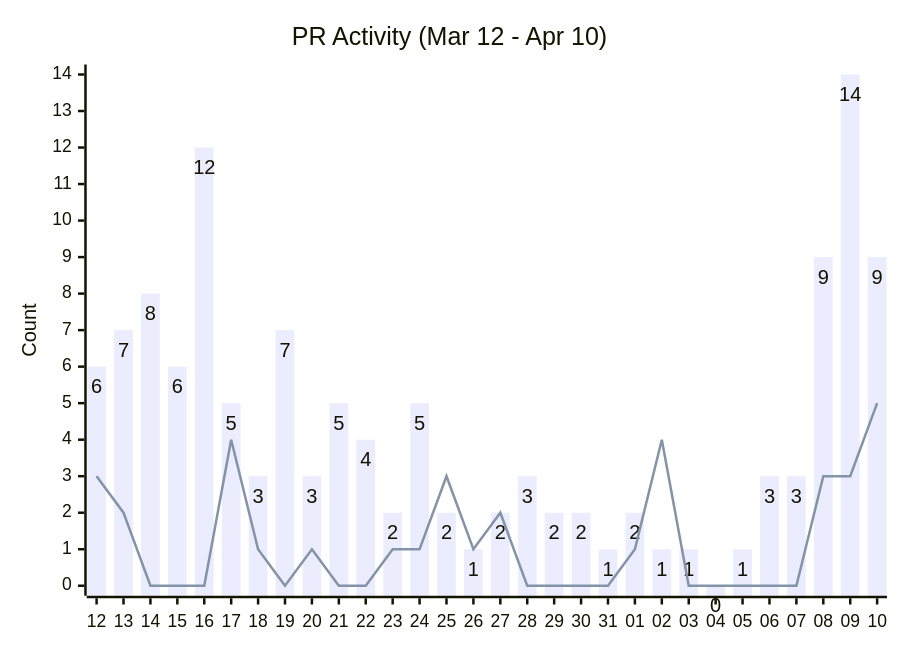
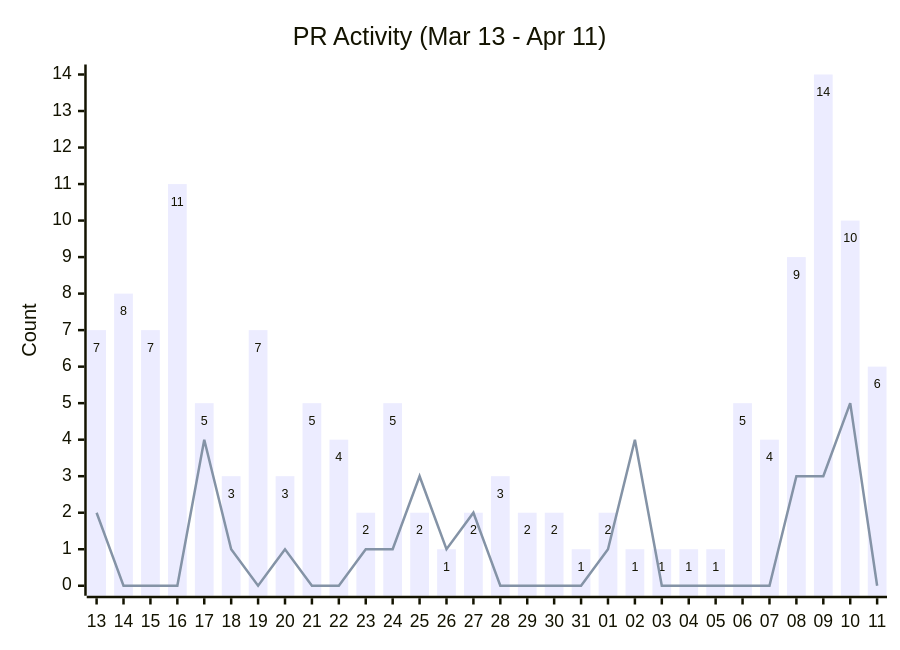
Before and after one commit to cocosheng-g/gemini-cli: the second of 7 diagrams in triage/CONTRIBUTION_METRICS.md, drawn with Mermaid. The commit also changed other lines of this file, not shown here.

````diff
--- a/triage/CONTRIBUTION_METRICS.md
+++ b/triage/CONTRIBUTION_METRICS.md
@@ -28,13 +28,13 @@
 ```mermaid
 ---
 config:
   xyChart:
     showDataLabel: true
 ---
 xychart-beta
-    title "PR Activity (Mar 12 - Apr 10)"
-    x-axis ["12", "13​", "14​​", "15​​​", "16​​​​", "17​​​​​", "18​​​​​​", "19​​​​​​​", "20​​​​​​​​", "21​​​​​​​​​", "22​​​​​​​​​​", "23​​​​​​​​​​​", "24​​​​​​​​​​​​", "25​​​​​​​​​​​​​", "26​​​​​​​​​​​​​​", "27​​​​​​​​​​​​​​​", "28​​​​​​​​​​​​​​​​", "29​​​​​​​​​​​​​​​​​", "30​​​​​​​​​​​​​​​​​​", "31​​​​​​​​​​​​​​​​​​​", "01​​​​​​​​​​​​​​​​​​​​", "02​​​​​​​​​​​​​​​​​​​​​", "03​​​​​​​​​​​​​​​​​​​​​​", "04​​​​​​​​​​​​​​​​​​​​​​​", "05​​​​​​​​​​​​​​​​​​​​​​​​", "06​​​​​​​​​​​​​​​​​​​​​​​​​", "07​​​​​​​​​​​​​​​​​​​​​​​​​​", "08​​​​​​​​​​​​​​​​​​​​​​​​​​​", "09​​​​​​​​​​​​​​​​​​​​​​​​​​​​", "10​​​​​​​​​​​​​​​​​​​​​​​​​​​​​"]
+    title "PR Activity (Mar 13 - Apr 11)"
+    x-axis ["13", "14​", "15​​", "16​​​", "17​​​​", "18​​​​​", "19​​​​​​", "20​​​​​​​", "21​​​​​​​​", "22​​​​​​​​​", "23​​​​​​​​​​", "24​​​​​​​​​​​", "25​​​​​​​​​​​​", "26​​​​​​​​​​​​​", "27​​​​​​​​​​​​​​", "28​​​​​​​​​​​​​​​", "29​​​​​​​​​​​​​​​​", "30​​​​​​​​​​​​​​​​​", "31​​​​​​​​​​​​​​​​​​", "01​​​​​​​​​​​​​​​​​​​", "02​​​​​​​​​​​​​​​​​​​​", "03​​​​​​​​​​​​​​​​​​​​​", "04​​​​​​​​​​​​​​​​​​​​​​", "05​​​​​​​​​​​​​​​​​​​​​​​", "06​​​​​​​​​​​​​​​​​​​​​​​​", "07​​​​​​​​​​​​​​​​​​​​​​​​​", "08​​​​​​​​​​​​​​​​​​​​​​​​​​", "09​​​​​​​​​​​​​​​​​​​​​​​​​​​", "10​​​​​​​​​​​​​​​​​​​​​​​​​​​​", "11​​​​​​​​​​​​​​​​​​​​​​​​​​​​​"]
     y-axis "Count"
-    bar [6, 7, 8, 6, 12, 5, 3, 7, 3, 5, 4, 2, 5, 2, 1, 2, 3, 2, 2, 1, 2, 1, 1, 0, 1, 3, 3, 9, 14, 9]
-    line [3, 2, 0, 0, 0, 4, 1, 0, 1, 0, 0, 1, 1, 3, 1, 2, 0, 0, 0, 0, 1, 4, 0, 0, 0, 0, 0, 3, 3, 5]
+    bar [7, 8, 7, 11, 5, 3, 7, 3, 5, 4, 2, 5, 2, 1, 2, 3, 2, 2, 1, 2, 1, 1, 1, 1, 5, 4, 9, 14, 10, 6]
+    line [2, 0, 0, 0, 4, 1, 0, 1, 0, 0, 1, 1, 3, 1, 2, 0, 0, 0, 0, 1, 4, 0, 0, 0, 0, 0, 3, 3, 5, 0]
 ```
````
